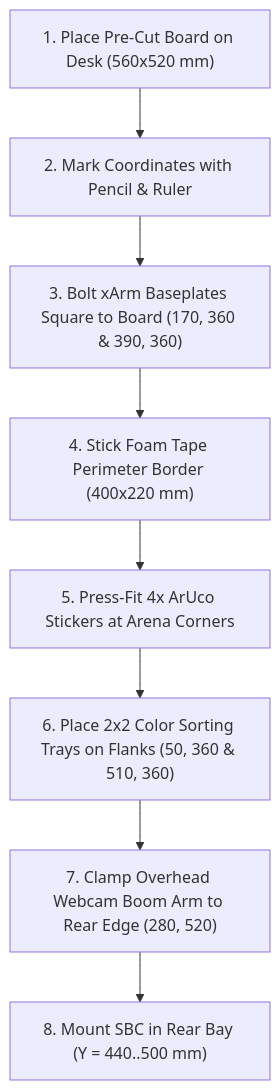
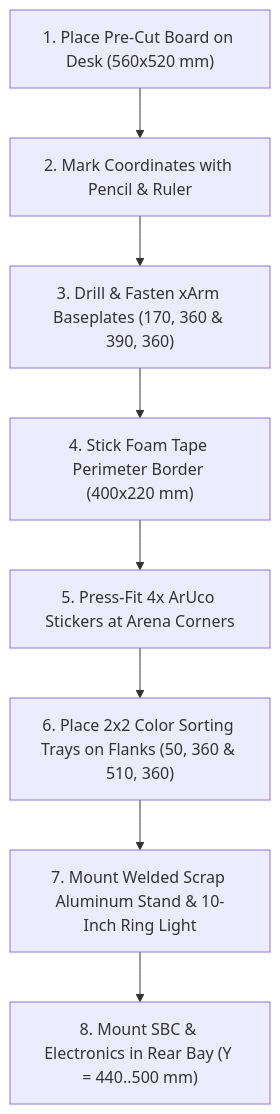
One commit to ShubhamJain17r/Sem-5-mini-project changed the diagram in docs/07_fusion360_cad_modeling_guide.md. Above: the diagram before and after it, drawn with Mermaid. The commit also changed other lines of this file and 19 other files, not shown here.

First line of the commit message:
refactor(workcell): segregate CAD/asset directories, simplify BOM, and add scrap aluminum stand specs

````diff
--- a/docs/07_fusion360_cad_modeling_guide.md
+++ b/docs/07_fusion360_cad_modeling_guide.md
@@ -136,10 +136,10 @@
 ```mermaid
 graph TD
     A["1. Place Pre-Cut Board on Desk (560x520 mm)"] --> B["2. Mark Coordinates with Pencil & Ruler"]
-    B --> C["3. Bolt xArm Baseplates Square to Board (170, 360 & 390, 360)"]
+    B --> C["3. Drill & Fasten xArm Baseplates (170, 360 & 390, 360)"]
     C --> D["4. Stick Foam Tape Perimeter Border (400x220 mm)"]
     D --> E["5. Press-Fit 4x ArUco Stickers at Arena Corners"]
     E --> F["6. Place 2x2 Color Sorting Trays on Flanks (50, 360 & 510, 360)"]
-    F --> G["7. Clamp Overhead Webcam Boom Arm to Rear Edge (280, 520)"]
-    G --> H["8. Mount SBC in Rear Bay (Y = 440..500 mm)"]
+    F --> G["7. Mount Welded Scrap Aluminum Stand & 10-Inch Ring Light"]
+    G --> H["8. Mount SBC & Electronics in Rear Bay (Y = 440..500 mm)"]
 ```
````
